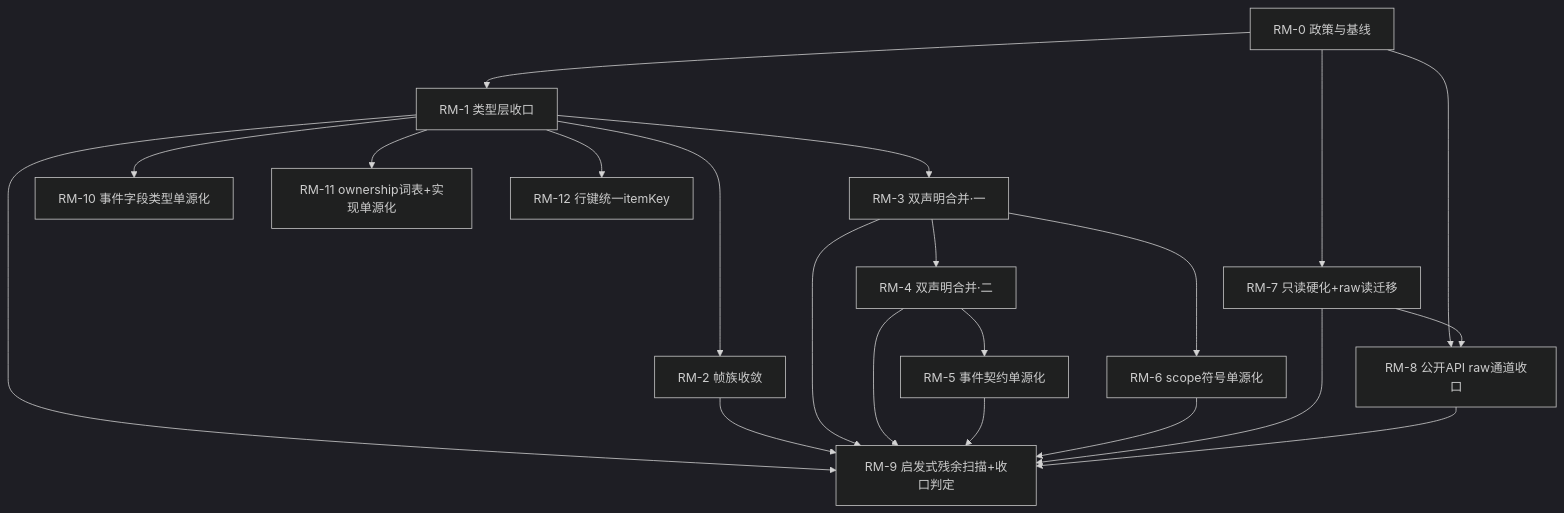
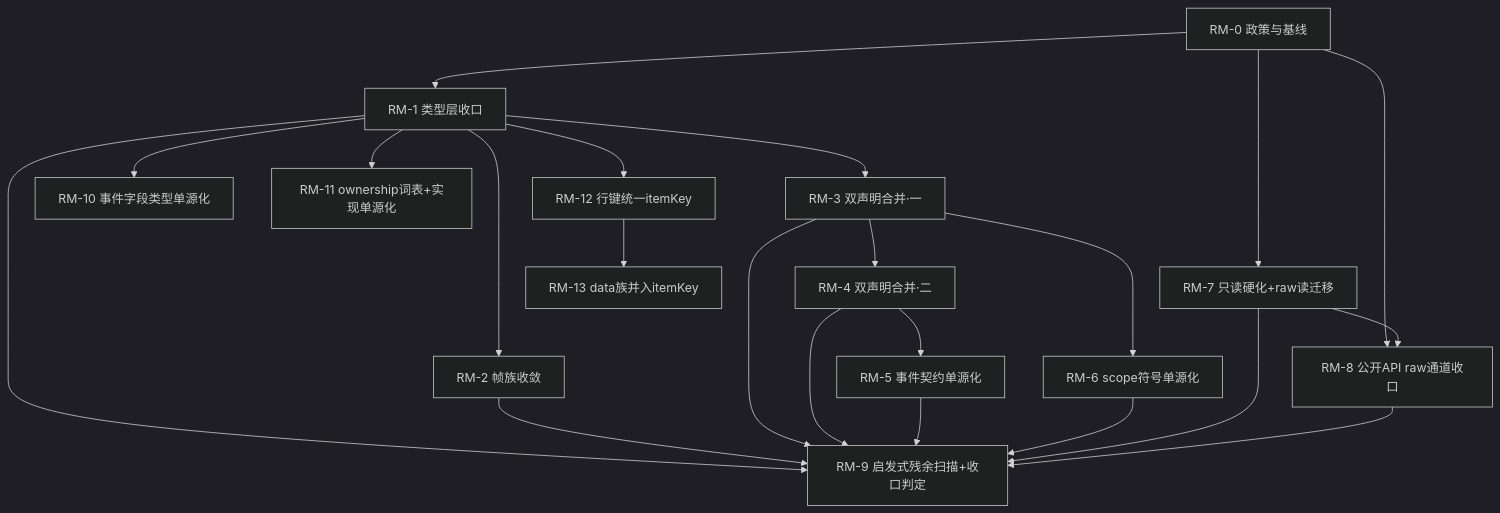
The diagram in docs/backlog/renderer-metamodel-roadmap.md (entropy-cloud/nop-chaos-flux), drawn with Mermaid (dark theme) before and after one commit. The commit also changed other lines of this file and 1 other file, not shown here.

````diff
--- a/docs/backlog/renderer-metamodel-roadmap.md
+++ b/docs/backlog/renderer-metamodel-roadmap.md
@@ -109,23 +112,24 @@
 ```mermaid
 graph TD
     RM0[RM-0 政策与基线] --> RM1[RM-1 类型层收口]
     RM0 --> RM7[RM-7 只读硬化+raw读迁移]
     RM0 --> RM8[RM-8 公开API raw通道收口]
     RM1 --> RM2[RM-2 帧族收敛]
     RM1 --> RM3[RM-3 双声明合并·一]
     RM3 --> RM4[RM-4 双声明合并·二]
     RM4 --> RM5[RM-5 事件契约单源化]
     RM3 --> RM6[RM-6 scope符号单源化]
     RM7 --> RM8
     RM1 --> RM9[RM-9 启发式残余扫描+收口判定]
     RM2 --> RM9
     RM3 --> RM9
     RM4 --> RM9
     RM5 --> RM9
     RM6 --> RM9
     RM7 --> RM9
     RM8 --> RM9
     RM1 --> RM10[RM-10 事件字段类型单源化]
     RM1 --> RM11[RM-11 ownership词表+实现单源化]
     RM1 --> RM12[RM-12 行键统一itemKey]
+    RM12 --> RM13[RM-13 data族并入itemKey]
 ```
````
